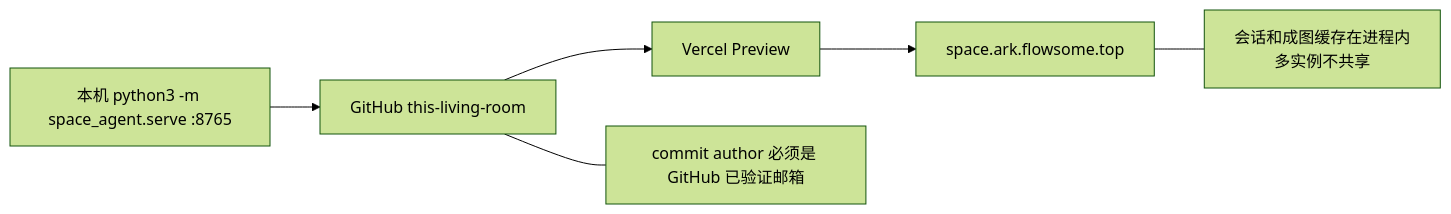
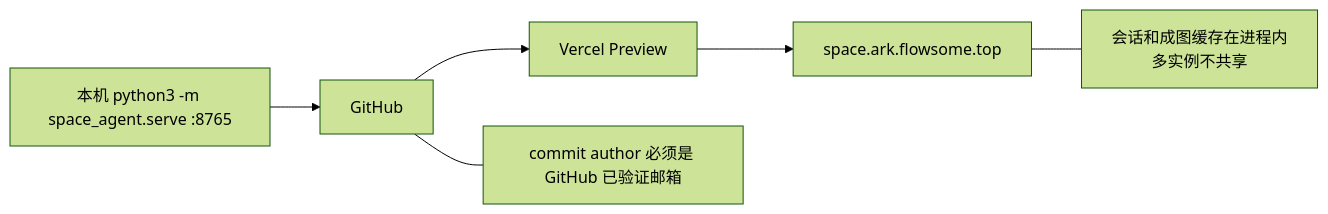
The tenth of 10 diagrams in 系统流程图.md (mengtian-7001/this-living-room-intro), drawn with Mermaid (forest theme) before and after one commit. The commit also changed other lines of this file and 3 other files, not shown here.

````diff
--- a/系统流程图.md
+++ b/系统流程图.md
@@ -311,10 +311,10 @@
 ```mermaid
 flowchart LR
-  DEV[本机 python3 -m space_agent.serve :8765] --> GIT[GitHub this-living-room]
+  DEV[本机 python3 -m space_agent.serve :8765] --> GIT[GitHub]
   GIT --> PREV[Vercel Preview]
   PREV --> PROD[space.ark.flowsome.top]
   Note1[commit author 必须是 GitHub 已验证邮箱]
   GIT --- Note1
   Note2[会话和成图缓存在进程内<br/>多实例不共享]
   PROD --- Note2
 ```
````
